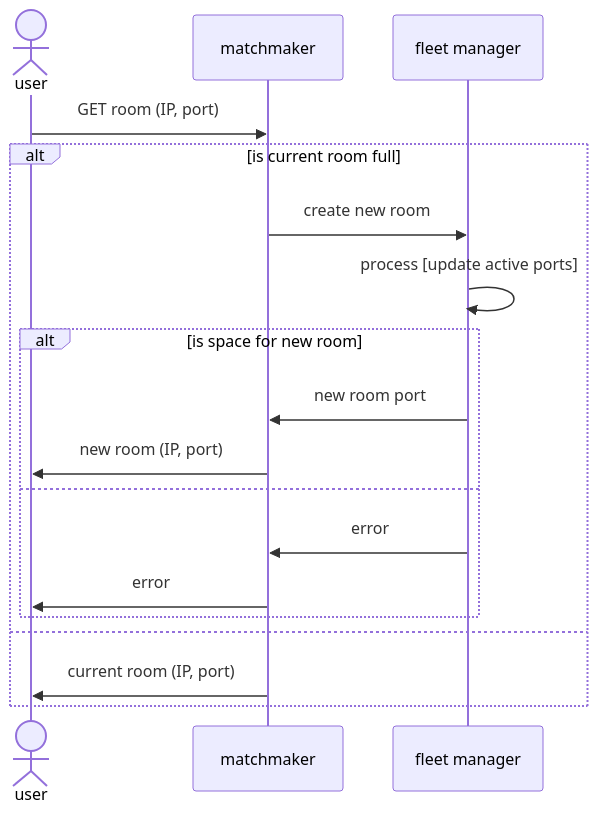
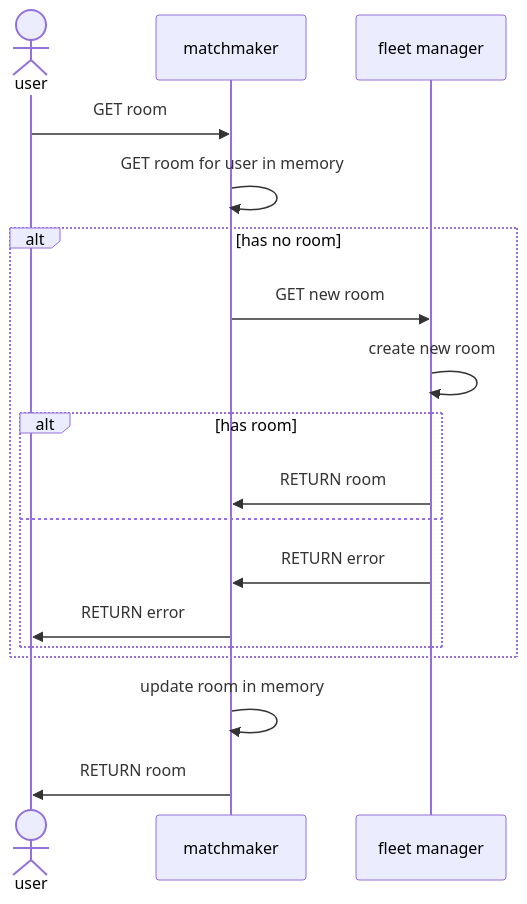
Before and after one commit to AdrKacz/super-duper-guacamole: the fifth of 7 diagrams in README.md, drawn with Mermaid. The commit also changed other lines of this file, not shown here.

````diff
--- a/README.md
+++ b/README.md
@@ -125,20 +125,20 @@
 ```mermaid
 sequenceDiagram
-    actor user
-    participant MM as matchmaker
-    participant FM as fleet manager
-    user ->> MM: GET room (IP, port)
-    alt is current room full
-        MM ->> FM: create new room
-        FM ->> FM: process [update active ports]
-        alt is space for new room
-            FM ->> MM: new room port
-            MM ->> user: new room (IP, port)
+    actor u as user
+    participant m as matchmaker
+    participant f as fleet manager
+    u ->> m: GET room
+    m ->> m: GET room for user in memory
+    alt has no room
+        m ->> f: GET new room
+        f ->> f: create new room
+        alt has room
+            f ->> m: RETURN room
         else
-            FM ->> MM: error
-            MM ->> user: error
+            f ->> m: RETURN error
+            m ->> u: RETURN error
         end
-    else
-      MM ->> user: current room (IP, port)
     end
+    m ->> m: update room in memory
+    m ->> u: RETURN room
 ```
````
